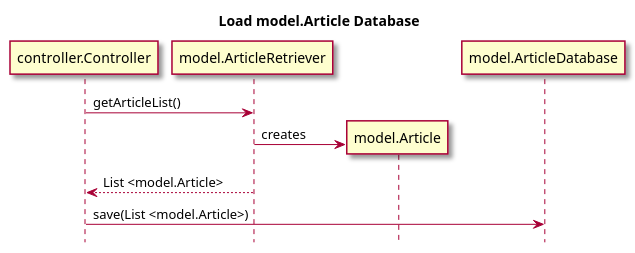
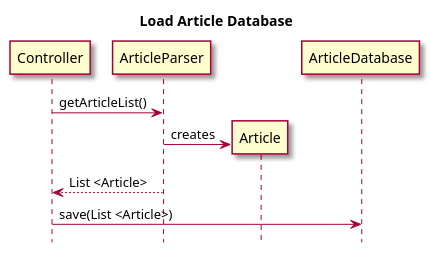
One commit to owhitleym-ui/EcoScoop changed the second of 3 diagrams in intellij/doc/use-cases/access-article.md. Above: the diagram before and after it, drawn with PlantUML. The commit also changed other lines of this file and 2 other files, not shown here.

Commit message:
Updated Sequence Diagrams and Test Report

````diff
--- a/intellij/doc/use-cases/access-article.md
+++ b/intellij/doc/use-cases/access-article.md
@@ -73,21 +73,21 @@
 ```plantuml
 @startuml
-title Load model.Article Database
+title Load Article Database
 skin rose
 hide footbox
 
-participant controller.Controller as controller
-participant model.ArticleRetriever as AR 
+participant Controller as controller
+participant ArticleParser as AP
 
-controller -> AR : getArticleList()
+controller -> AP : getArticleList()
 
-AR -> model.Article ** : creates
+AP -> Article ** : creates
 
-controller <-- AR : List <model.Article>
+controller <-- AP : List <Article>
 
-participant model.ArticleDatabase as AD
+participant ArticleDatabase as AD
 
-controller -> AD: save(List <model.Article>)
+controller -> AD: save(List <Article>)
 
 @enduml
 ```
````
